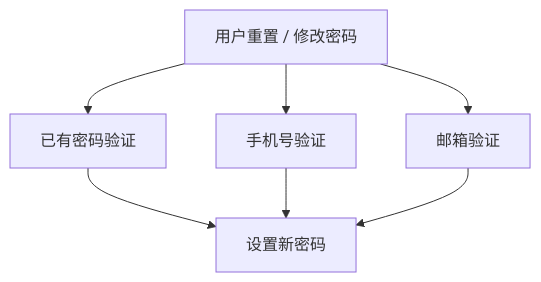
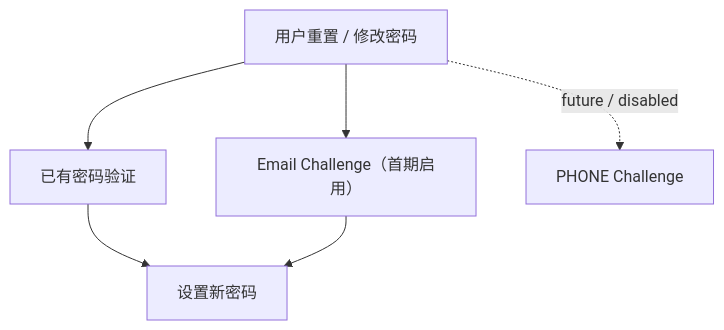
Before and after one commit to sxyq/mastergoods: the first of 10 diagrams in docs/system-design/01-账户与身份/04-密码与账号恢复.md, drawn with Mermaid. The commit also changed other lines of this file and 12 other files, not shown here.

````diff
--- a/docs/system-design/01-账户与身份/04-密码与账号恢复.md
+++ b/docs/system-design/01-账户与身份/04-密码与账号恢复.md
@@ -28,12 +28,11 @@
 ```mermaid
 flowchart TD
     USER[用户重置 / 修改密码]
 
     USER --> OLD[已有密码验证]
-    USER --> PHONE[手机号验证]
-    USER --> EMAIL[邮箱验证]
+    USER --> EMAIL[Email Challenge（首期启用）]
+    USER -. future / disabled .-> PHONE[PHONE Challenge]
 
     OLD --> NEW[设置新密码]
-    PHONE --> NEW
     EMAIL --> NEW
 ```
````
